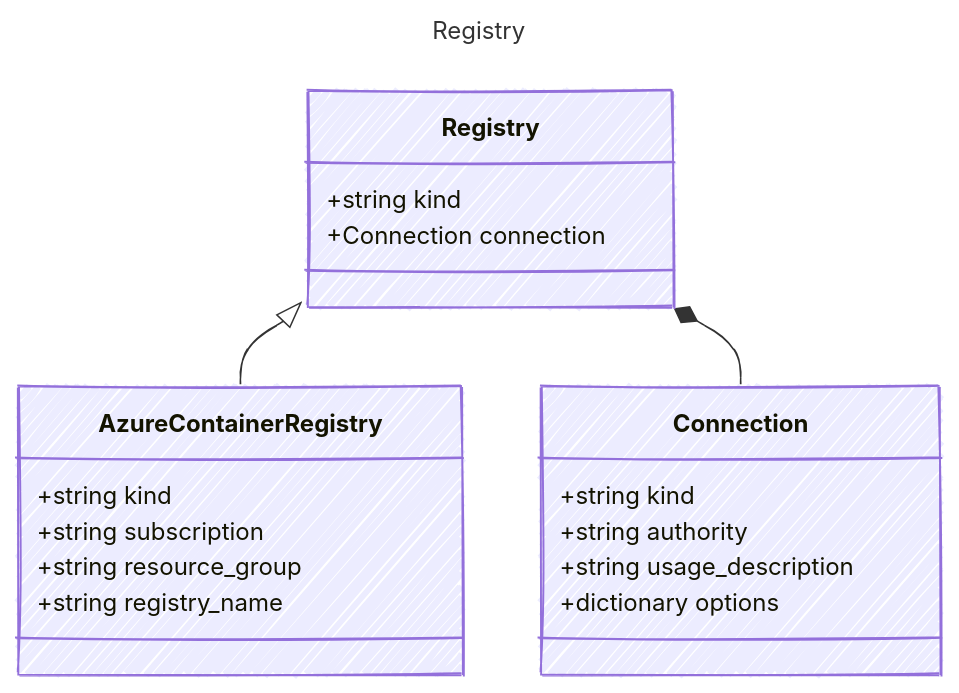
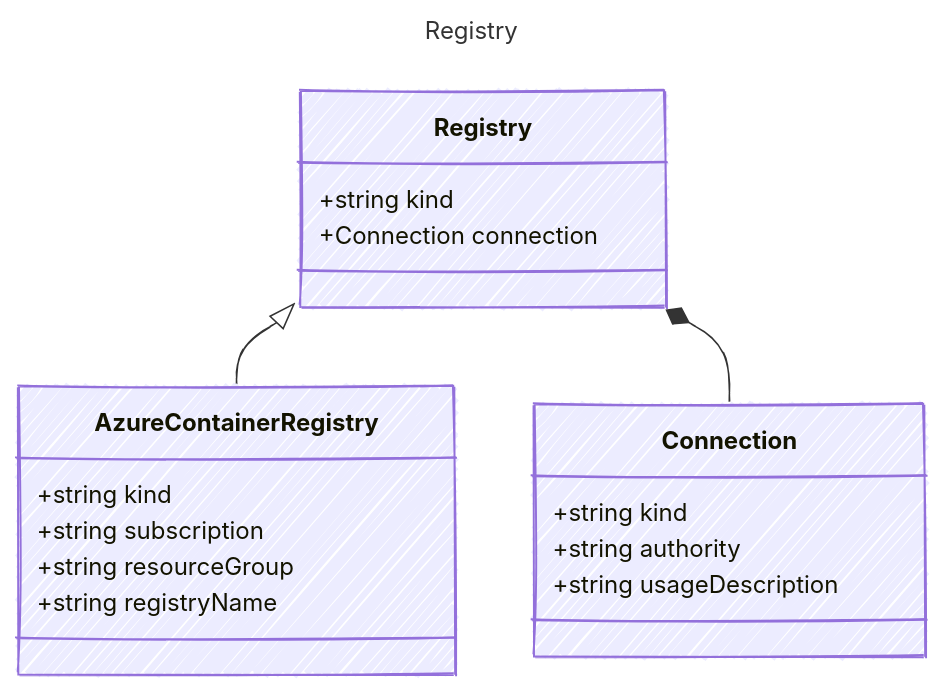
One commit to microsoft/prompty changed the diagram in specification/prompty/docs/Registry.md. Above: the diagram before and after it, drawn with Mermaid. The commit also changed other lines of this file and 14 other files, not shown here.

````diff
--- a/specification/prompty/docs/Registry.md
+++ b/specification/prompty/docs/Registry.md
@@ -5,30 +5,29 @@
 ```mermaid
 ---
 title: Registry
 config:
   look: handDrawn
   theme: colorful
   class:
     hideEmptyMembersBox: true
 ---
 classDiagram
     class Registry {
       
         +string kind
         +Connection connection
     }
     class AzureContainerRegistry {
         +string kind
         +string subscription
-        +string resource_group
-        +string registry_name
+        +string resourceGroup
+        +string registryName
     }
     Registry <|-- AzureContainerRegistry
     class Connection {
         +string kind
         +string authority
-        +string usage_description
-        +dictionary options
+        +string usageDescription
     }
     Registry *-- Connection
 ```
````
